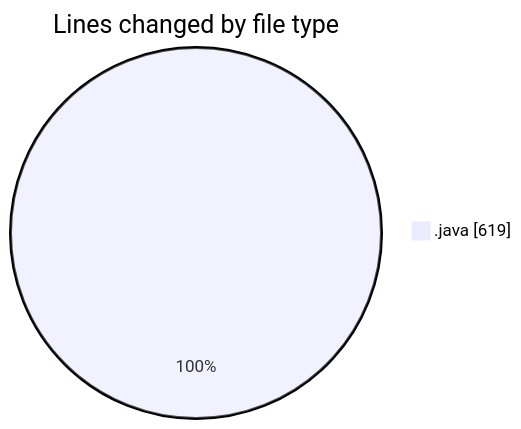
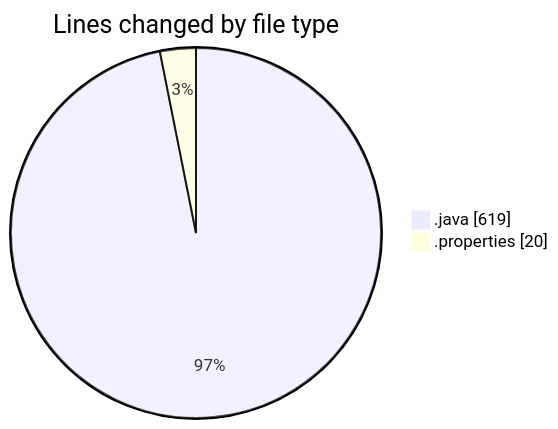
One commit to ricardozamudiocil/code-tracking changed the first of 2 diagrams in 2026-03-30/cilreports__workspace_/README.md. Above: the diagram before and after it, drawn with Mermaid. The commit also changed other lines of this file and 1 other file, not shown here.

````diff
--- a/2026-03-30/cilreports__workspace_/README.md
+++ b/2026-03-30/cilreports__workspace_/README.md
@@ -20,5 +21,6 @@
 ```mermaid
 pie showData
 title Lines changed by file type
 ".java" : 619
+".properties" : 20
 ```
````
